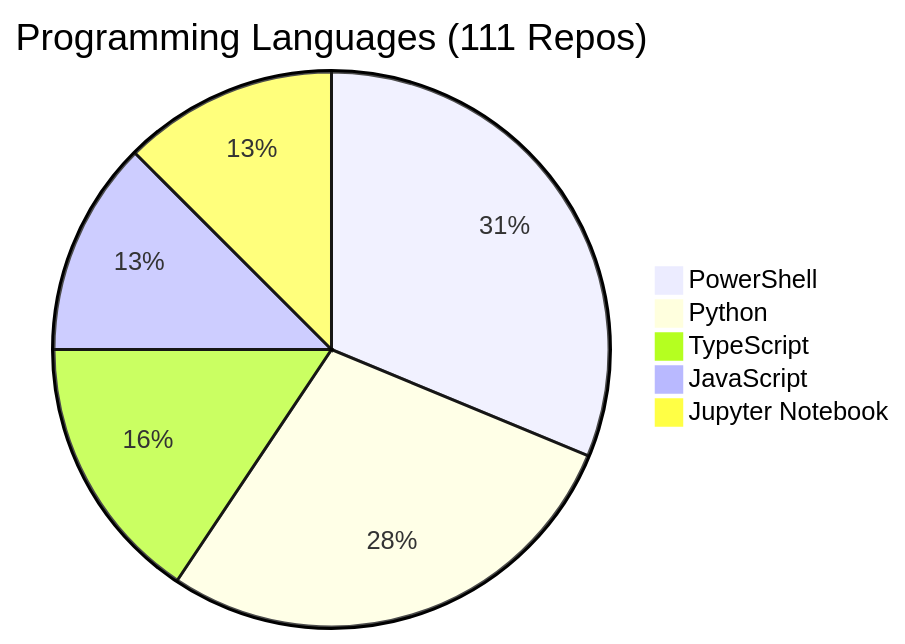
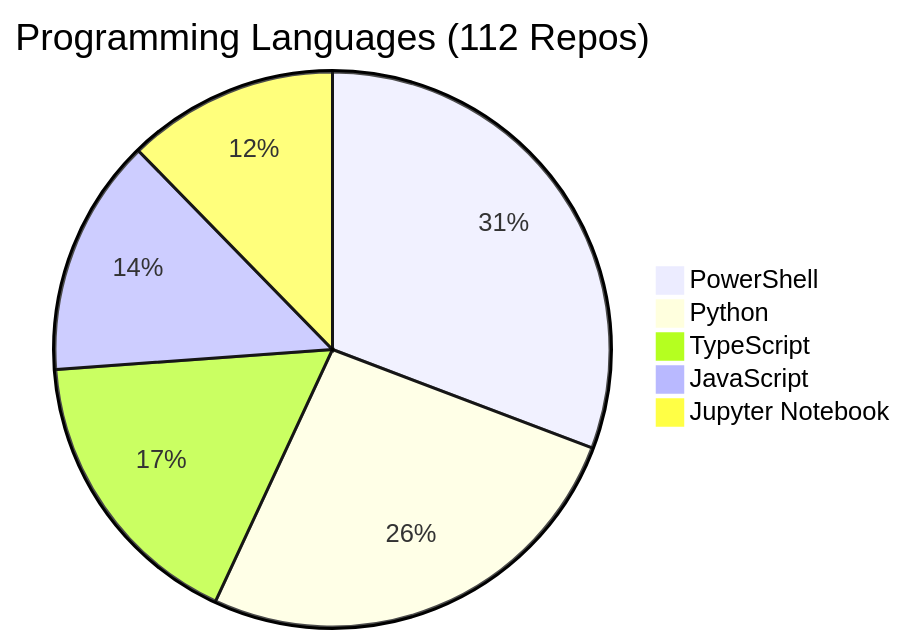
Before and after one commit to fabioc-aloha/fabioc-aloha: the diagram in REPOS.md, drawn with Mermaid. The commit also changed other lines of this file and 1 other file, not shown here.

````diff
--- a/REPOS.md
+++ b/REPOS.md
@@ -154,8 +155,8 @@
 ```mermaid
-pie title Programming Languages (111 Repos)
+pie title Programming Languages (112 Repos)
     "PowerShell" : 20
-    "Python" : 18
-    "TypeScript" : 10
-    "JavaScript" : 8
+    "Python" : 17
+    "TypeScript" : 11
+    "JavaScript" : 9
     "Jupyter Notebook" : 8
 ```
````
